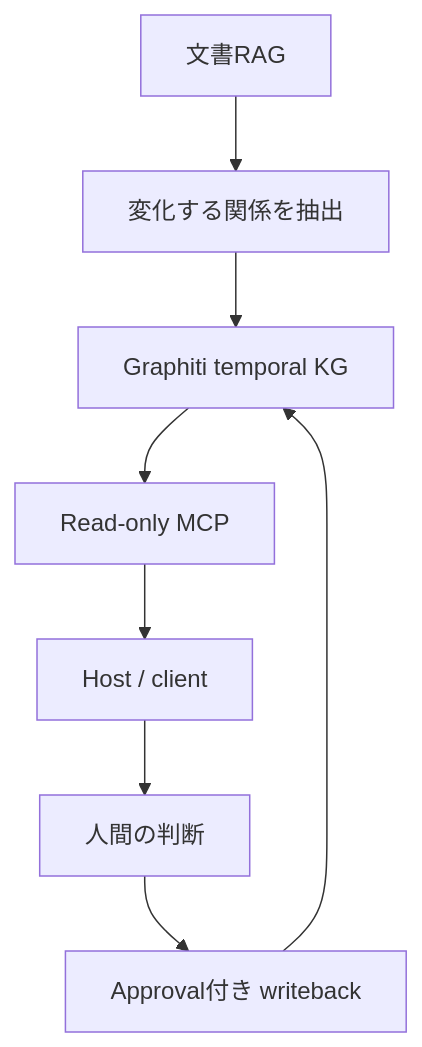
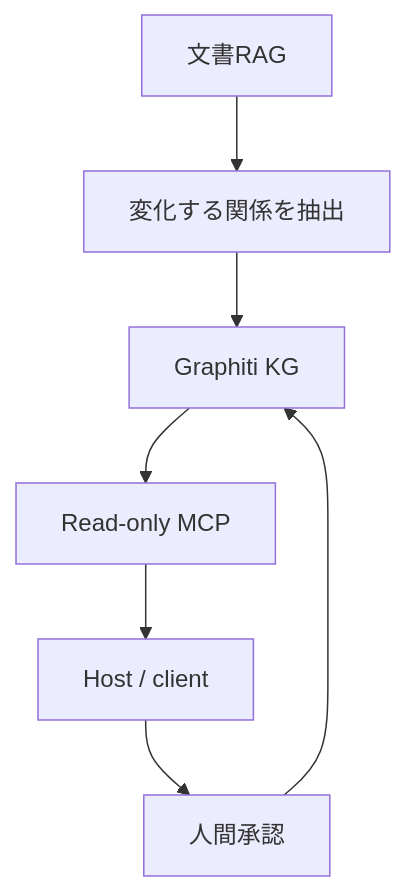
Before and after one commit to daylight55/research: the fifth of 5 diagrams in src/content/blog/graphiti-mcp-memory.mdx, drawn with Mermaid. The commit also changed other lines of this file and 20 other files, not shown here.

Commit message:
Mermaid図の表示サイズを調整

````diff
--- a/src/content/blog/graphiti-mcp-memory.mdx
+++ b/src/content/blog/graphiti-mcp-memory.mdx
@@ -248,10 +244,9 @@
 ```mermaid
 flowchart TD
   A["文書RAG"] --> B["変化する関係を抽出"]
-  B --> C["Graphiti temporal KG"]
+  B --> C["Graphiti KG"]
   C --> D["Read-only MCP"]
   D --> E["Host / client"]
-  E --> F["人間の判断"]
-  F --> G["Approval付き writeback"]
-  G --> C
+  E --> F["人間承認"]
+  F --> C
 ```
````
